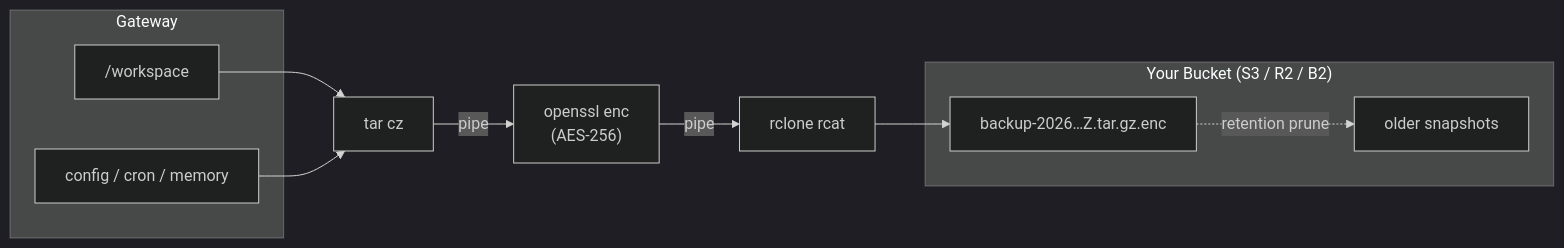
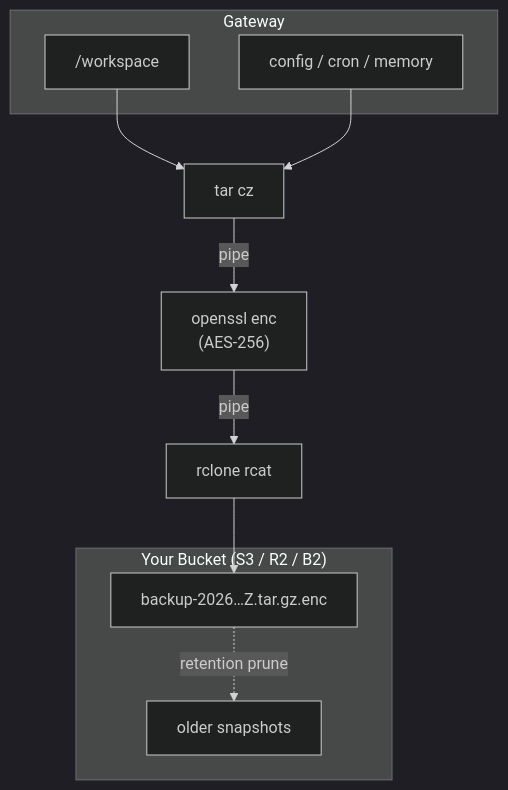
One commit to ashbrener/openclaw-workspace-sync changed the fourth of 4 diagrams in README.src.md. Above: the diagram before and after it, drawn with Mermaid (dark theme). The commit also changed 2 other files, not shown here.

Commit message:
docs: make backup diagram vertical, bump to v2.3.0
Made-with: Cursor

````diff
--- a/README.src.md
+++ b/README.src.md
@@ -628,20 +628,20 @@
 ```mermaid
-flowchart LR
+flowchart TD
     subgraph GW["Gateway"]
         WS["/workspace"]
         CFG["config / cron / memory"]
     end
     TAR["tar cz"]
     ENC["openssl enc\n(AES-256)"]
     RCAT["rclone rcat"]
     subgraph REMOTE["Your Bucket (S3 / R2 / B2)"]
         SNAP["backup-2026…Z.tar.gz.enc"]
         OLD["older snapshots"]
     end
     WS --> TAR
     CFG --> TAR
     TAR -- "pipe" --> ENC
     ENC -- "pipe" --> RCAT
     RCAT --> SNAP
     SNAP -. "retention prune" .-> OLD
 ```
````
